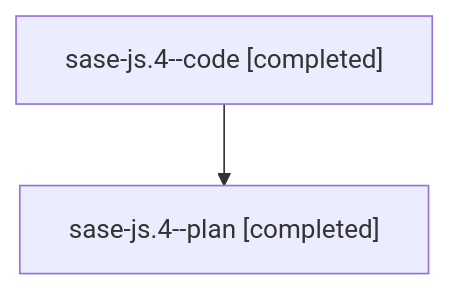
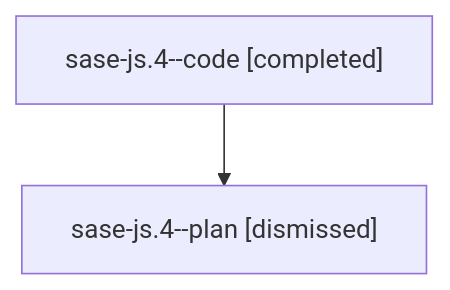
The diagram in families/bbugyi200.athena.sase-js.4.md (sase-org/sase--agents), drawn with Mermaid before and after one commit. The commit also changed other lines of this file and 1163 other files, not shown here.

````diff
--- a/families/bbugyi200.athena.sase-js.4.md
+++ b/families/bbugyi200.athena.sase-js.4.md
@@ -9,6 +9,6 @@
 ```mermaid
 flowchart TD
   n0["sase-js.4--code [completed]"]
-  n1["sase-js.4--plan [completed]"]
+  n1["sase-js.4--plan [dismissed]"]
   n0 --> n1
 ```
````
